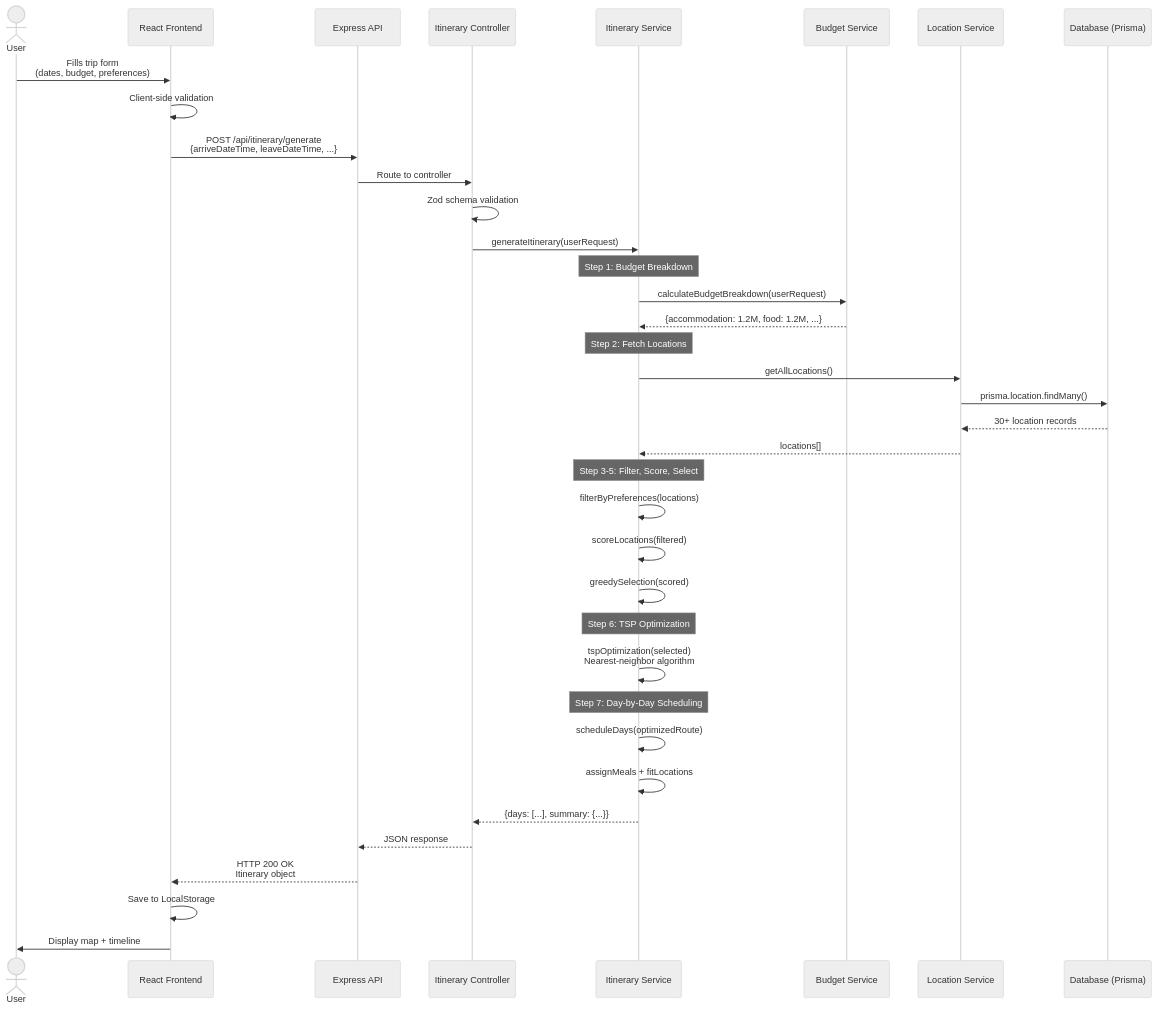
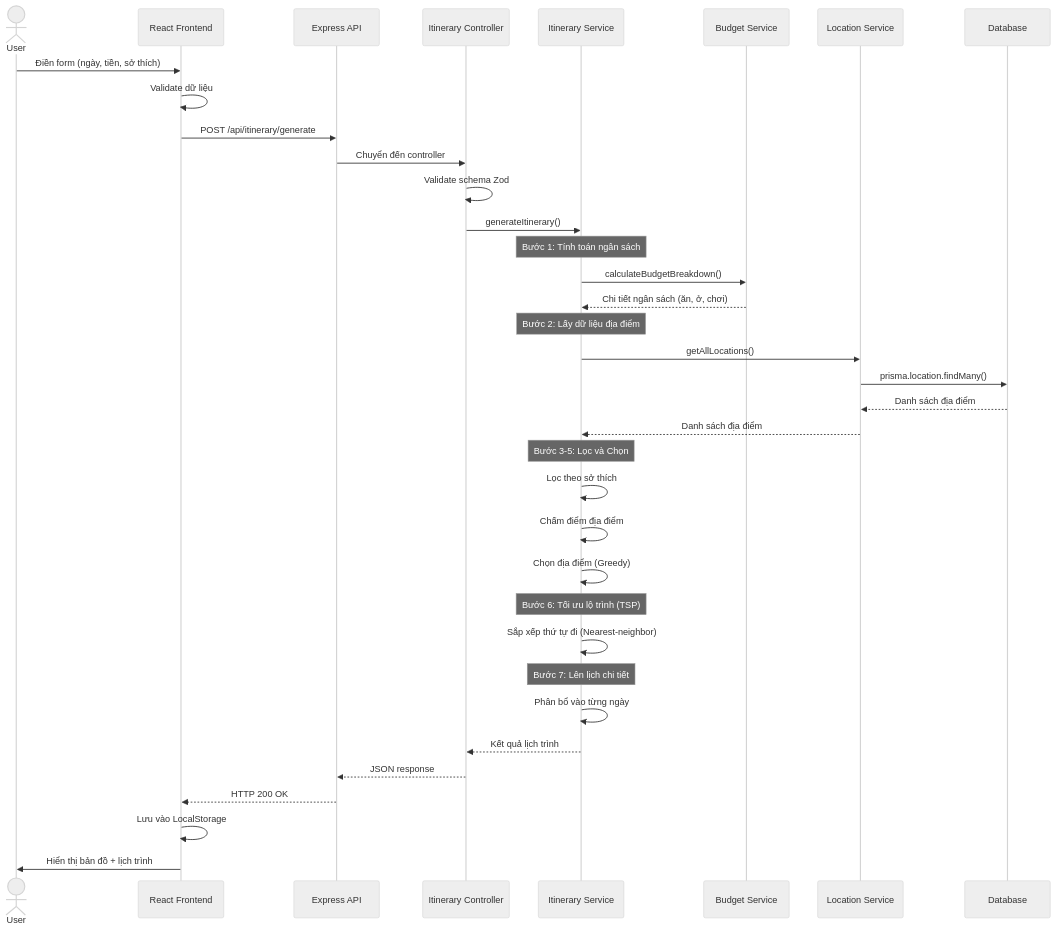
One commit to Doggie-H/Dana-Travel changed the fourth of 14 diagrams in docs/ARCHITECTURE.md. Above: the diagram before and after it, drawn with Mermaid (neutral theme). The commit also changed other lines of this file and 2863 other files, not shown here.

Commit message:
docs: Add initial architecture documentation covering system overview, design principles, and detailed data flow diagrams.

````diff
--- a/docs/ARCHITECTURE.md
+++ b/docs/ARCHITECTURE.md
@@ -181,49 +188,48 @@
 ```mermaid
 sequenceDiagram
     actor User
     participant Frontend as React Frontend
     participant API as Express API
     participant Controller as Itinerary Controller
     participant Service as Itinerary Service
     participant Budget as Budget Service
     participant Location as Location Service
-    participant DB as Database (Prisma)
+    participant DB as Database
     
-    User->>Frontend: Fills trip form<br/>(dates, budget, preferences)
-    Frontend->>Frontend: Client-side validation
-    Frontend->>API: POST /api/itinerary/generate<br/>{arriveDateTime, leaveDateTime, ...}
+    User->>Frontend: Điền form (ngày, tiền, sở thích)
+    Frontend->>Frontend: Validate dữ liệu
+    Frontend->>API: POST /api/itinerary/generate
     
-    API->>Controller: Route to controller
-    Controller->>Controller: Zod schema validation
+    API->>Controller: Chuyển đến controller
+    Controller->>Controller: Validate schema Zod
     
-    Controller->>Service: generateItinerary(userRequest)
+    Controller->>Service: generateItinerary()
     
-    Note over Service: Step 1: Budget Breakdown
-    Service->>Budget: calculateBudgetBreakdown(userRequest)
-    Budget-->>Service: {accommodation: 1.2M, food: 1.2M, ...}
+    Note over Service: Bước 1: Tính toán ngân sách
+    Service->>Budget: calculateBudgetBreakdown()
+    Budget-->>Service: Chi tiết ngân sách (ăn, ở, chơi)
     
-    Note over Service: Step 2: Fetch Locations
+    Note over Service: Bước 2: Lấy dữ liệu địa điểm
     Service->>Location: getAllLocations()
     Location->>DB: prisma.location.findMany()
-    DB-->>Location: 30+ location records
-    Location-->>Service: locations[]
+    DB-->>Location: Danh sách địa điểm
+    Location-->>Service: Danh sách địa điểm
     
-    Note over Service: Step 3-5: Filter, Score, Select
-    Service->>Service: filterByPreferences(locations)
-    Service->>Service: scoreLocations(filtered)
-    Service->>Service: greedySelection(scored)
+    Note over Service: Bước 3-5: Lọc và Chọn
+    Service->>Service: Lọc theo sở thích
+    Service->>Service: Chấm điểm địa điểm
+    Service->>Service: Chọn địa điểm (Greedy)
     
-    Note over Service: Step 6: TSP Optimization
-    Service->>Service: tspOptimization(selected)<br/>Nearest-neighbor algorithm
+    Note over Service: Bước 6: Tối ưu lộ trình (TSP)
+    Service->>Service: Sắp xếp thứ tự đi (Nearest-neighbor)
     
-    Note over Service: Step 7: Day-by-Day Scheduling
-    Service->>Service: scheduleDays(optimizedRoute)
-    Service->>Service: assignMeals + fitLocations
+    Note over Service: Bước 7: Lên lịch chi tiết
+    Service->>Service: Phân bổ vào từng ngày
     
-    Service-->>Controller: {days: [...], summary: {...}}
+    Service-->>Controller: Kết quả lịch trình
     Controller-->>API: JSON response
-    API-->>Frontend: HTTP 200 OK<br/>Itinerary object
+    API-->>Frontend: HTTP 200 OK
     
-    Frontend->>Frontend: Save to LocalStorage
-    Frontend->>User: Display map + timeline
+    Frontend->>Frontend: Lưu vào LocalStorage
+    Frontend->>User: Hiển thị bản đồ + lịch trình
 ```
````
